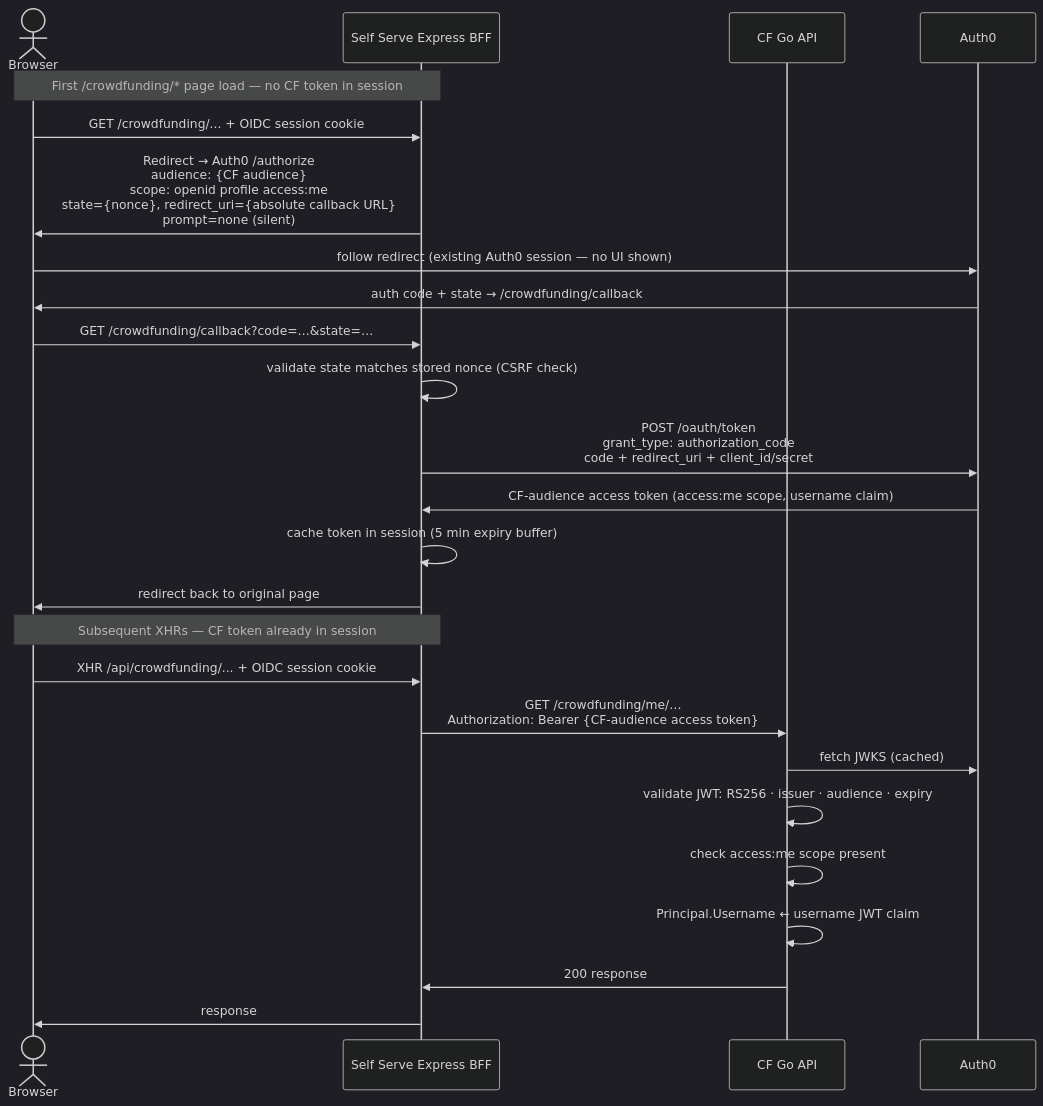
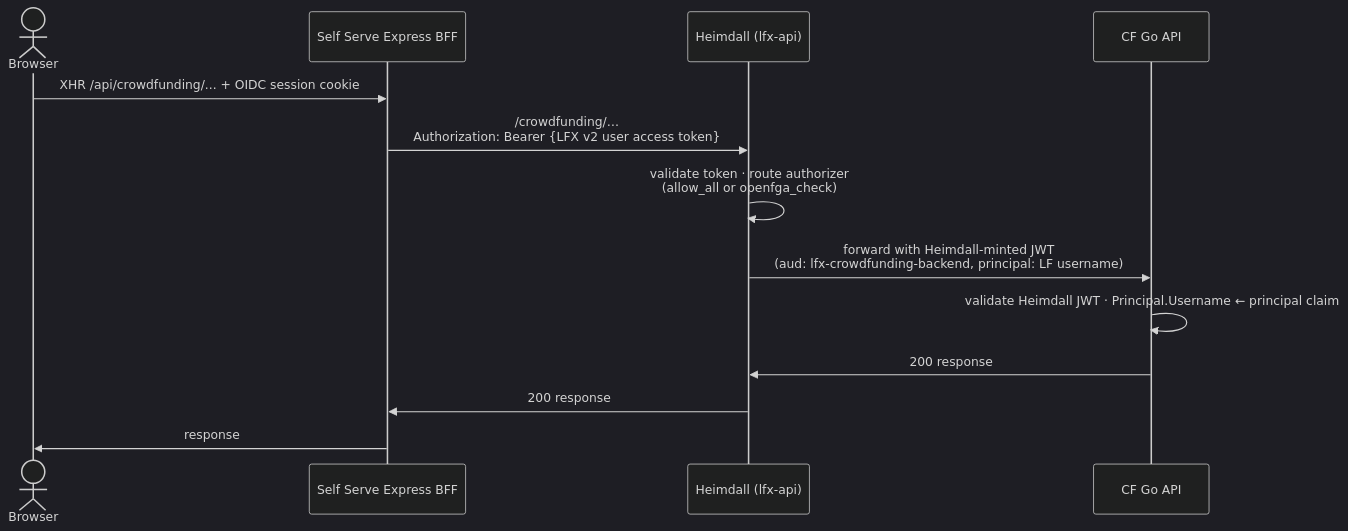
One commit to linuxfoundation/lfx-crowdfunding changed the fifth of 8 diagrams in docs/authentication-architecture.md. Above: the diagram before and after it, drawn with Mermaid (dark theme). The commit also changed other lines of this file and 1 other file, not shown here.

First line of the commit message:
docs(auth): describe self serve's single-token flow via heimdall (#376)

````diff
--- a/docs/authentication-architecture.md
+++ b/docs/authentication-architecture.md
@@ -215,29 +207,16 @@
 ```mermaid
 sequenceDiagram
     actor User as Browser
     participant SSBFF as Self Serve Express BFF
+    participant GW as Heimdall (lfx-api)
     participant API as CF Go API
-    participant Auth0
 
-    Note over User,SSBFF: First /crowdfunding/* page load — no CF token in session
-    User->>SSBFF: GET /crowdfunding/... + OIDC session cookie
-    SSBFF->>User: Redirect → Auth0 /authorize<br/>audience: {CF audience}<br/>scope: openid profile access:me<br/>state={nonce}, redirect_uri={absolute callback URL}<br/>prompt=none (silent)
-    User->>Auth0: follow redirect (existing Auth0 session — no UI shown)
-    Auth0->>User: auth code + state → /crowdfunding/callback
-    User->>SSBFF: GET /crowdfunding/callback?code=…&state=…
-    SSBFF->>SSBFF: validate state matches stored nonce (CSRF check)
-    SSBFF->>Auth0: POST /oauth/token<br/>grant_type: authorization_code<br/>code + redirect_uri + client_id/secret
-    Auth0->>SSBFF: CF-audience access token (access:me scope, username claim)
-    SSBFF->>SSBFF: cache token in session (5 min expiry buffer)
-    SSBFF->>User: redirect back to original page
-
-    Note over User,SSBFF: Subsequent XHRs — CF token already in session
     User->>SSBFF: XHR /api/crowdfunding/... + OIDC session cookie
-    SSBFF->>API: GET /crowdfunding/me/…<br/>Authorization: Bearer {CF-audience access token}
-    API->>Auth0: fetch JWKS (cached)
-    API->>API: validate JWT: RS256 · issuer · audience · expiry
-    API->>API: check access:me scope present
-    API->>API: Principal.Username ← username JWT claim
-    API->>SSBFF: 200 response
+    SSBFF->>GW: /crowdfunding/…<br/>Authorization: Bearer {LFX v2 user access token}
+    GW->>GW: validate token · route authorizer<br/>(allow_all or openfga_check)
+    GW->>API: forward with Heimdall-minted JWT<br/>(aud: lfx-crowdfunding-backend, principal: LF username)
+    API->>API: validate Heimdall JWT · Principal.Username ← principal claim
+    API->>GW: 200 response
+    GW->>SSBFF: 200 response
     SSBFF->>User: response
 ```
````
